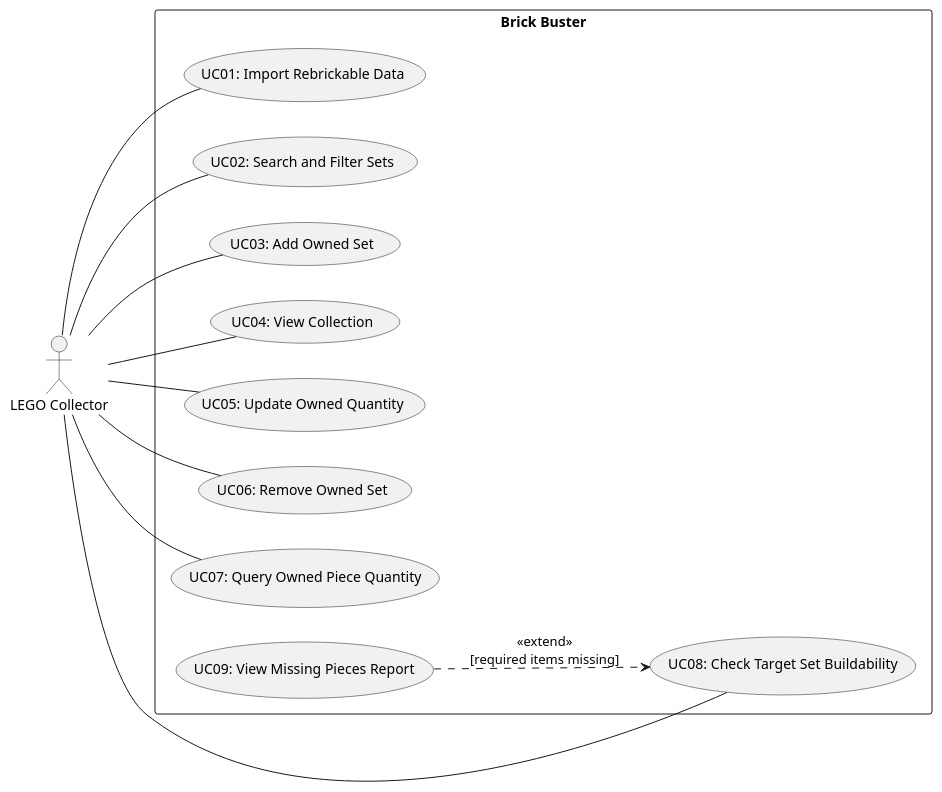
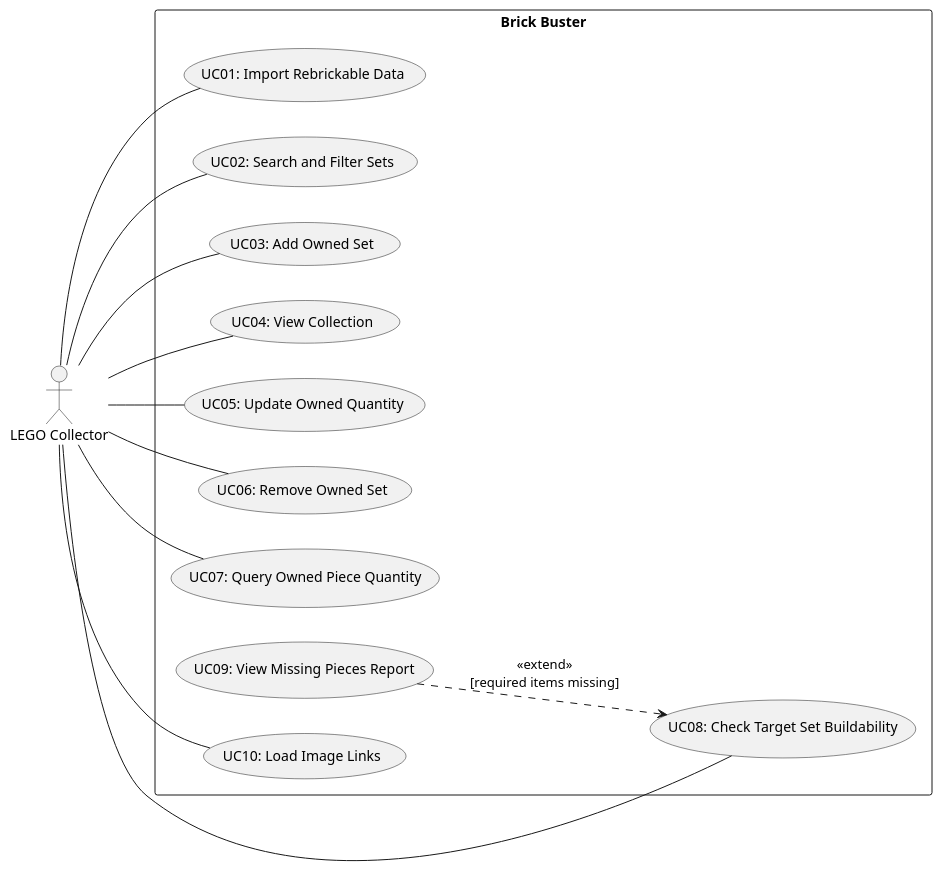
One commit to PengenSusuDancow/Brick-Buster changed the diagram in Requirements/Task-2-Use-Cases.puml. Above: the diagram before and after it, drawn with PlantUML.

Commit message:
Add use case UC10: Load Image Links

```diff
--- a/Requirements/Task-2-Use-Cases.puml
+++ b/Requirements/Task-2-Use-Cases.puml
@@ -1,25 +1,27 @@
 @startuml
 left to right direction
 skinparam packageStyle rectangle
 actor "LEGO Collector" as Collector
 rectangle "Brick Buster" {
   usecase "UC01: Import Rebrickable Data" as UC01
   usecase "UC02: Search and Filter Sets" as UC02
   usecase "UC03: Add Owned Set" as UC03
   usecase "UC04: View Collection" as UC04
   usecase "UC05: Update Owned Quantity" as UC05
   usecase "UC06: Remove Owned Set" as UC06
   usecase "UC07: Query Owned Piece Quantity" as UC07
   usecase "UC08: Check Target Set Buildability" as UC08
   usecase "UC09: View Missing Pieces Report" as UC09
+  usecase "UC10: Load Image Links" as UC10
 }
 Collector -- UC01
 Collector -- UC02
 Collector -- UC03
 Collector -- UC04
 Collector -- UC05
 Collector -- UC06
 Collector -- UC07
 Collector -- UC08
+Collector -- UC10
 UC09 ..> UC08 : <<extend>>\n[required items missing]
 @enduml
```
